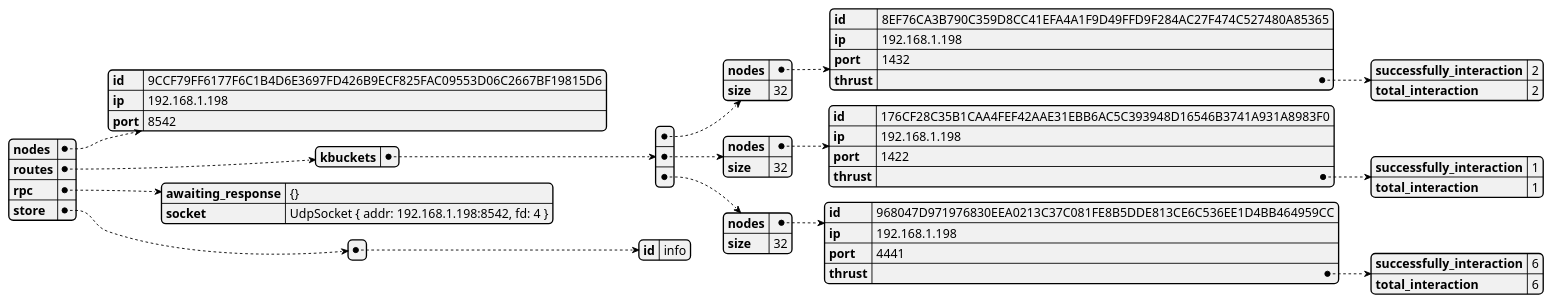
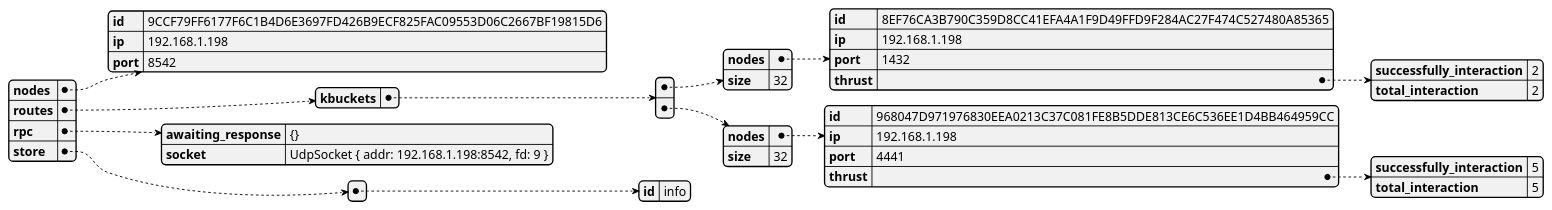
Before and after one commit to GoliathHagar/distributed_legder_kademlia: the diagram in src/distributed_legder/state_dumps/test-network-2.json.plantuml, drawn with PlantUML. The commit also changed 23 other files, not shown here.

```diff
--- a/src/distributed_legder/state_dumps/test-network-2.json.plantuml
+++ b/src/distributed_legder/state_dumps/test-network-2.json.plantuml
@@ -1,3 +1,3 @@
 @startjson
-{"nodes":{"id":"9CCF79FF6177F6C1B4D6E3697FD426B9ECF825FAC09553D06C2667BF19815D6","ip":"192.168.1.198","port":8542},"routes":{"kbuckets":[{"nodes":{"id":"8EF76CA3B790C359D8CC41EFA4A1F9D49FFD9F284AC27F474C527480A85365","ip":"192.168.1.198","port":1432,"thrust":{"successfully_interaction":2,"total_interaction":2}},"size":32},{"nodes":{"id":"176CF28C35B1CAA4FEF42AAE31EBB6AC5C393948D16546B3741A931A8983F0","ip":"192.168.1.198","port":1422,"thrust":{"successfully_interaction":1,"total_interaction":1}},"size":32},{"nodes":{"id":"968047D971976830EEA0213C37C081FE8B5DDE813CE6C536EE1D4BB464959CC","ip":"192.168.1.198","port":4441,"thrust":{"successfully_interaction":6,"total_interaction":6}},"size":32}]},"rpc":{"awaiting_response":"{}","socket":"UdpSocket { addr: 192.168.1.198:8542, fd: 4 }"},"store":[{"id":"info"}]}
+{"nodes":{"id":"9CCF79FF6177F6C1B4D6E3697FD426B9ECF825FAC09553D06C2667BF19815D6","ip":"192.168.1.198","port":8542},"routes":{"kbuckets":[{"nodes":{"id":"8EF76CA3B790C359D8CC41EFA4A1F9D49FFD9F284AC27F474C527480A85365","ip":"192.168.1.198","port":1432,"thrust":{"successfully_interaction":2,"total_interaction":2}},"size":32},{"nodes":{"id":"968047D971976830EEA0213C37C081FE8B5DDE813CE6C536EE1D4BB464959CC","ip":"192.168.1.198","port":4441,"thrust":{"successfully_interaction":5,"total_interaction":5}},"size":32}]},"rpc":{"awaiting_response":"{}","socket":"UdpSocket { addr: 192.168.1.198:8542, fd: 9 }"},"store":[{"id":"info"}]}
 @endjson
```
